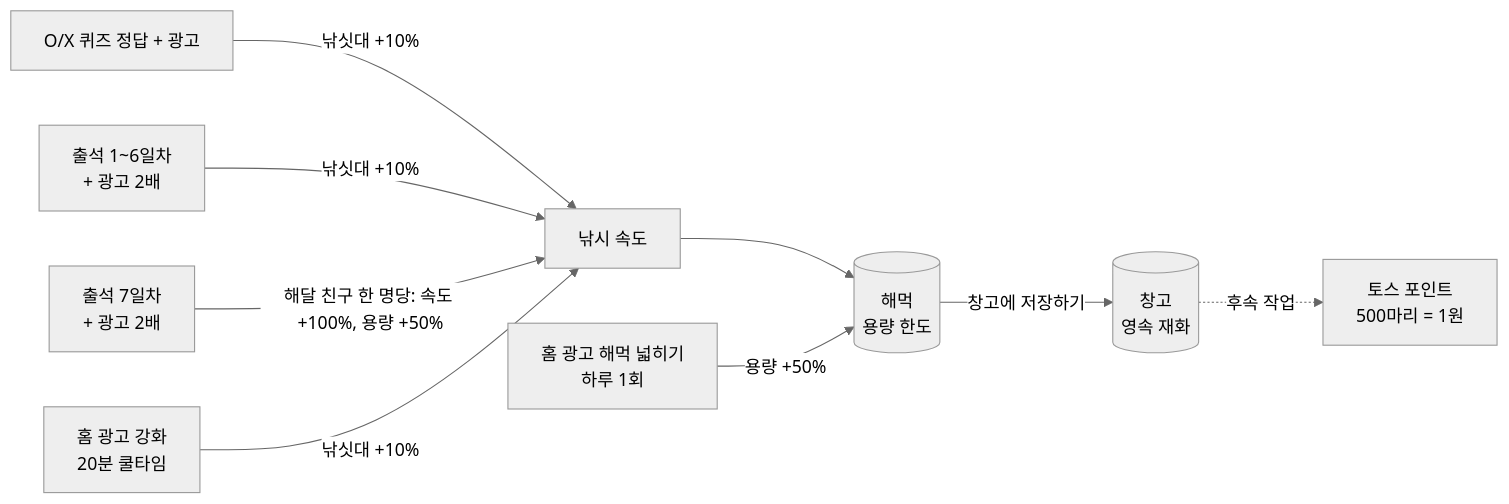
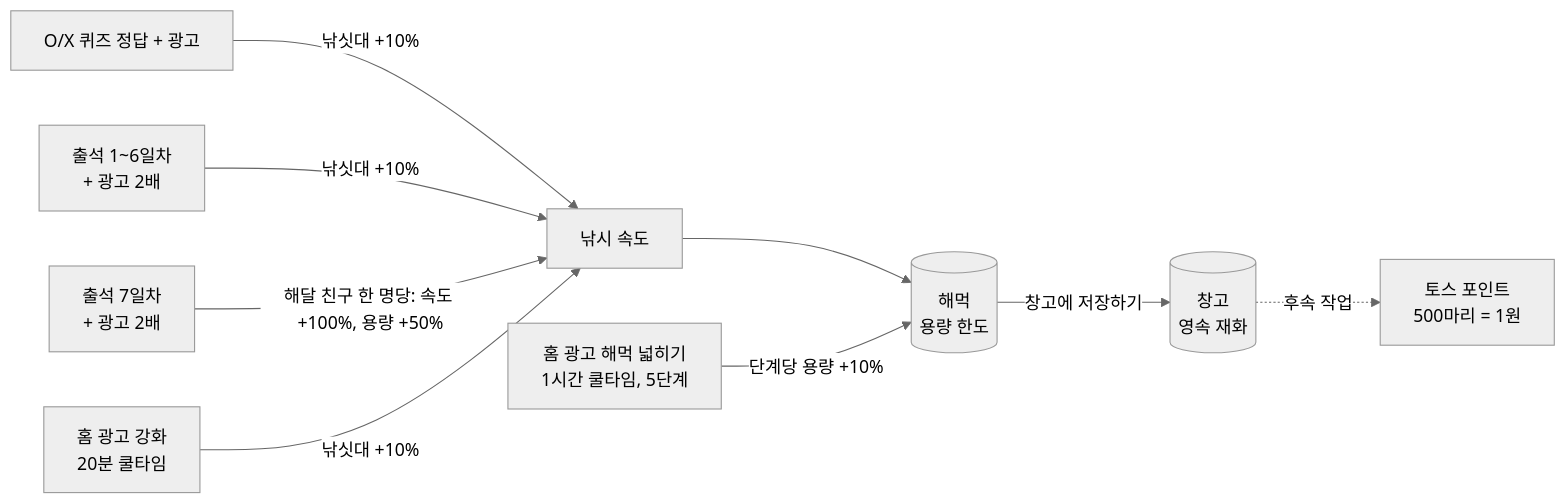
Before and after one commit to toss-minigame/haedalpoint: the first of 7 diagrams in docs/design/fishing-sequence.md, drawn with Mermaid (neutral theme). The commit also changed other lines of this file and 2 other files, not shown here.

Commit message:
docs: 해먹 넓히기 5단계·1시간 쿨타임과 랜덤 미사용 근거 반영

````diff
--- a/docs/design/fishing-sequence.md
+++ b/docs/design/fishing-sequence.md
@@ -11,11 +11,11 @@
 ```mermaid
 flowchart LR
     Q[O/X 퀴즈 정답 + 광고] -->|낚싯대 +10%| R[낚시 속도]
     C[출석 1~6일차<br/>+ 광고 2배] -->|낚싯대 +10%| R
     F[출석 7일차<br/>+ 광고 2배] -->|해달 친구 한 명당: 속도 +100%, 용량 +50%| R
     AR[홈 광고 강화<br/>20분 쿨타임] -->|낚싯대 +10%| R
     R --> H[(해먹<br/>용량 한도)]
-    AE[홈 광고 해먹 넓히기<br/>하루 1회] -->|용량 +50%| H
+    AE[홈 광고 해먹 넓히기<br/>1시간 쿨타임, 5단계] -->|단계당 용량 +10%| H
     H -->|창고에 저장하기| W[(창고<br/>영속 재화)]
     W -.->|후속 작업| T[토스 포인트<br/>500마리 = 1원]
 ```
````
